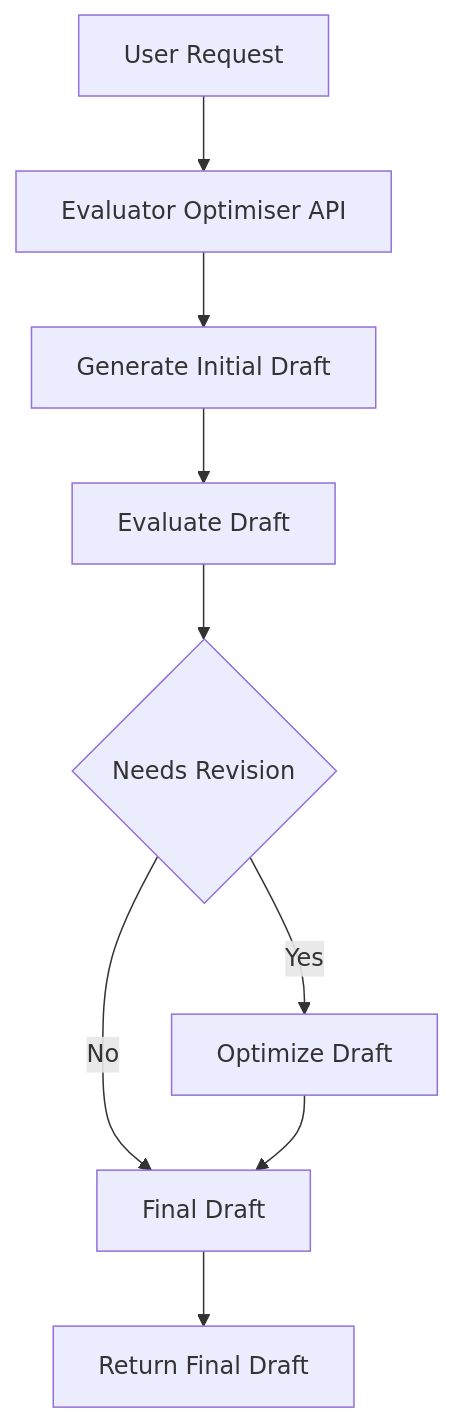
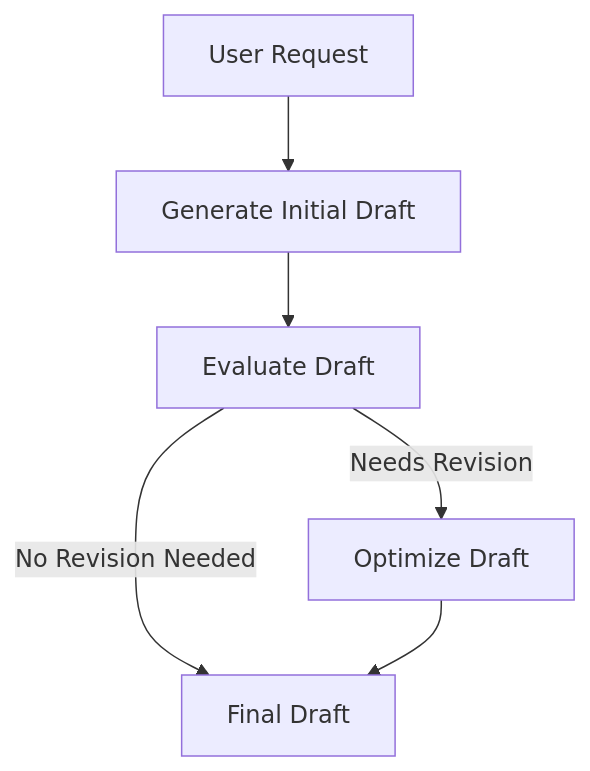
The diagram in apps/evaluator-optimiser/README.md (reeawnc/cloudflare), drawn with Mermaid before and after one commit. The commit also changed other lines of this file and 18 other files, not shown here.

````diff
--- a/apps/evaluator-optimiser/README.md
+++ b/apps/evaluator-optimiser/README.md
@@ -49,11 +67,8 @@
 ```mermaid
 graph TD;
-    A[User Request] --> B[Evaluator Optimiser API];
-    B --> C[Generate Initial Draft];
-    C --> D[Evaluate Draft];
-    D --> E{Needs Revision};
-    E -->|Yes| F[Optimize Draft];
-    E -->|No| G[Final Draft];
-    F --> G;
-    G --> H[Return Final Draft];
+    A[User Request] --> B[Generate Initial Draft];
+    B --> C[Evaluate Draft];
+    C -->|Needs Revision| D[Optimize Draft];
+    C -->|No Revision Needed| E[Final Draft];
+    D --> E;
 ```
````
